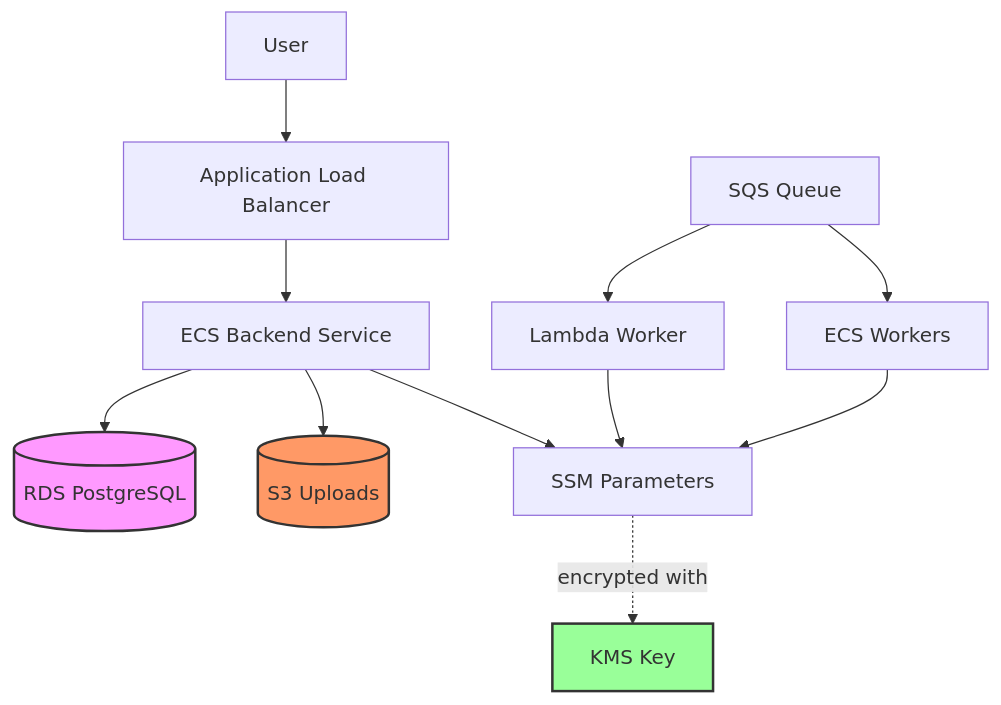
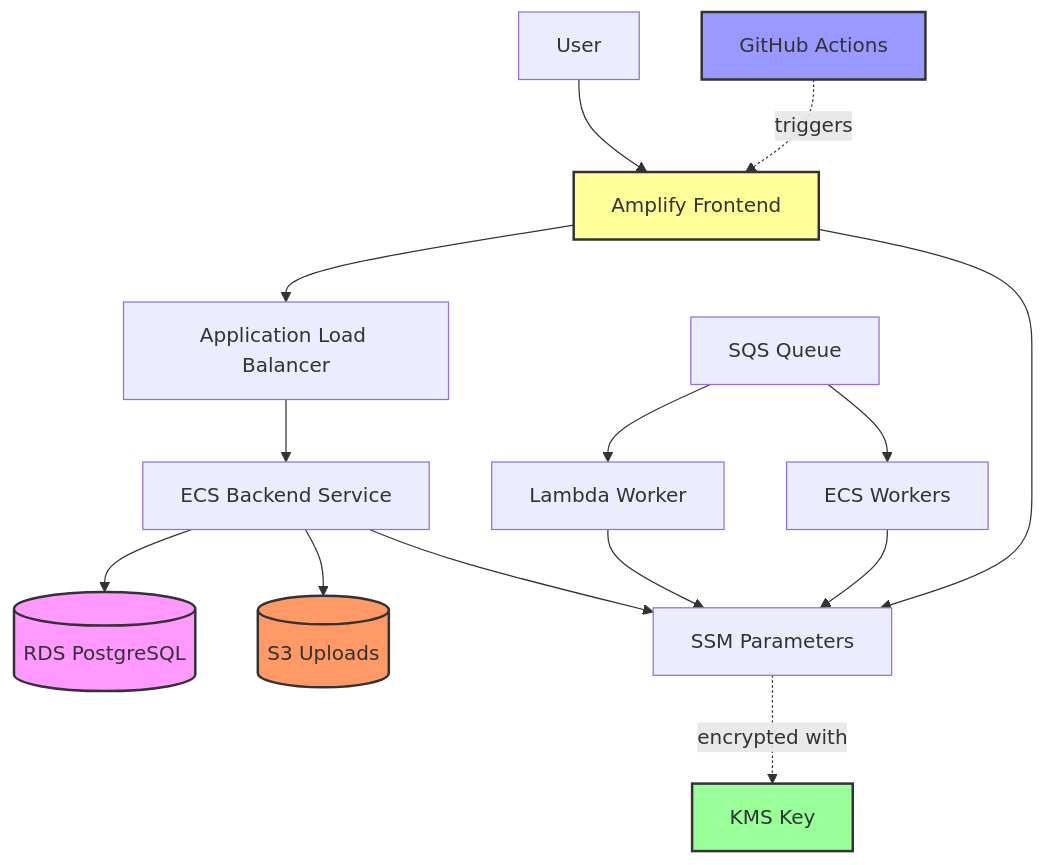
Before and after one commit to Ilities/viberglass: the first of 5 diagrams in infrastructure/README.md, drawn with Mermaid. The commit also changed other lines of this file, not shown here.

First line of the commit message:
docs(11.2-03): document Amplify infrastructure in README

````diff
--- a/infrastructure/README.md
+++ b/infrastructure/README.md
@@ -21,17 +22,22 @@
 ```mermaid
 graph TB
-    User[User] --> ALB[Application Load Balancer]
+    User[User] --> Amplify[Amplify Frontend]
+    Amplify --> ALB[Application Load Balancer]
     ALB --> Backend[ECS Backend Service]
     Backend --> RDS[(RDS PostgreSQL)]
     Backend --> S3[(S3 Uploads)]
     Queue[SQS Queue] --> Lambda[Lambda Worker]
     Queue --> WorkerECS[ECS Workers]
     Lambda --> SSM[SSM Parameters]
     WorkerECS --> SSM
     Backend --> SSM
+    Amplify --> SSM
+    GitHubActions[GitHub Actions] -. triggers .-> Amplify
     SSM -. encrypted with .-> KMS[KMS Key]
 
     style RDS fill:#f9f,stroke:#333,stroke-width:2px
     style S3 fill:#f96,stroke:#333,stroke-width:2px
     style KMS fill:#9f9,stroke:#333,stroke-width:2px
+    style Amplify fill:#ff9,stroke:#333,stroke-width:2px
+    style GitHubActions fill:#99f,stroke:#333,stroke-width:2px
 ```
````
